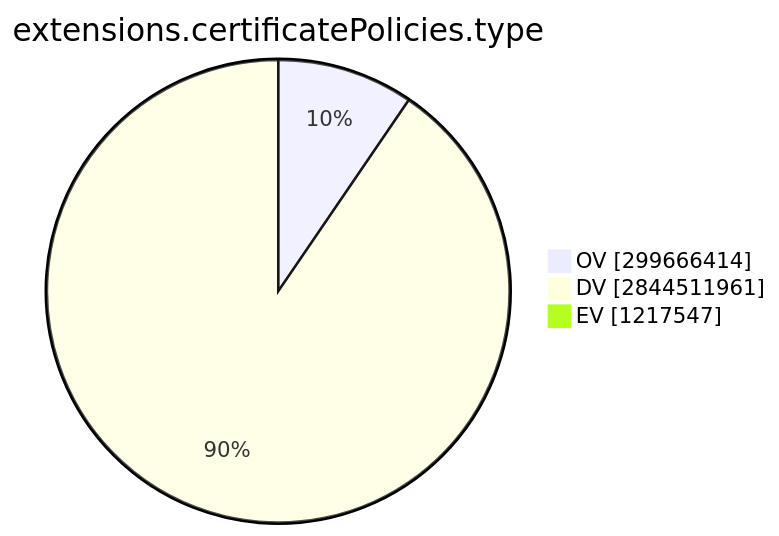
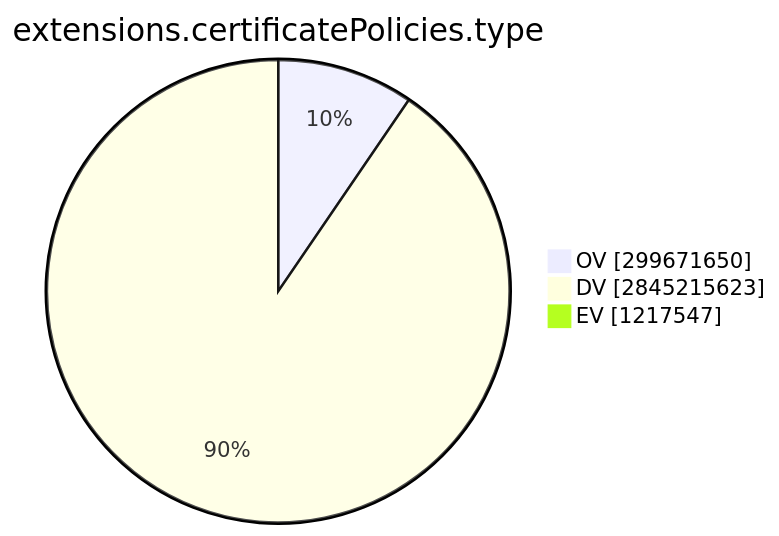
One commit to christiankrug/ctmonitor_visualization changed the ninth of 15 diagrams in TOTAL/README.md. Above: the diagram before and after it, drawn with Mermaid. The commit also changed other lines of this file, not shown here.

````diff
--- a/TOTAL/README.md
+++ b/TOTAL/README.md
@@ -3101,7 +3101,7 @@
 ```mermaid
 pie showData
 title extensions.certificatePolicies.type
-"OV" :299666414
-"DV" :2844511961
+"OV" :299671650
+"DV" :2845215623
 "EV" :1217547
 ```
````
